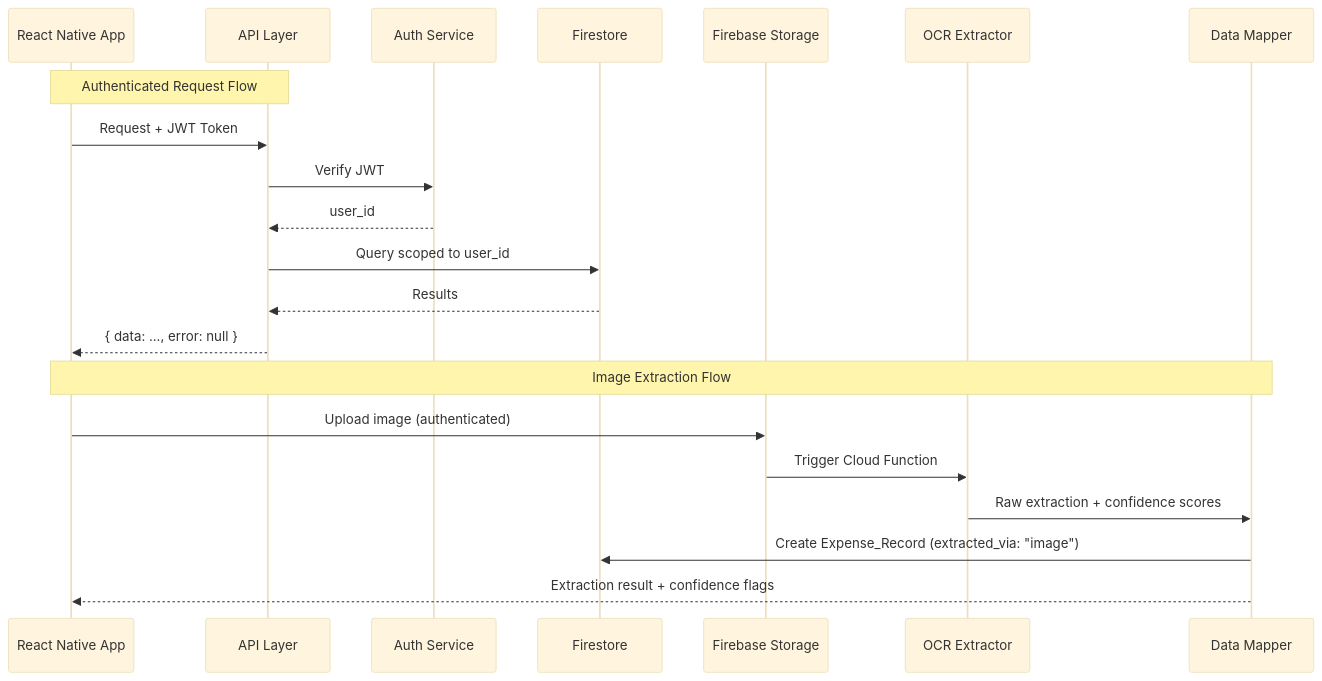
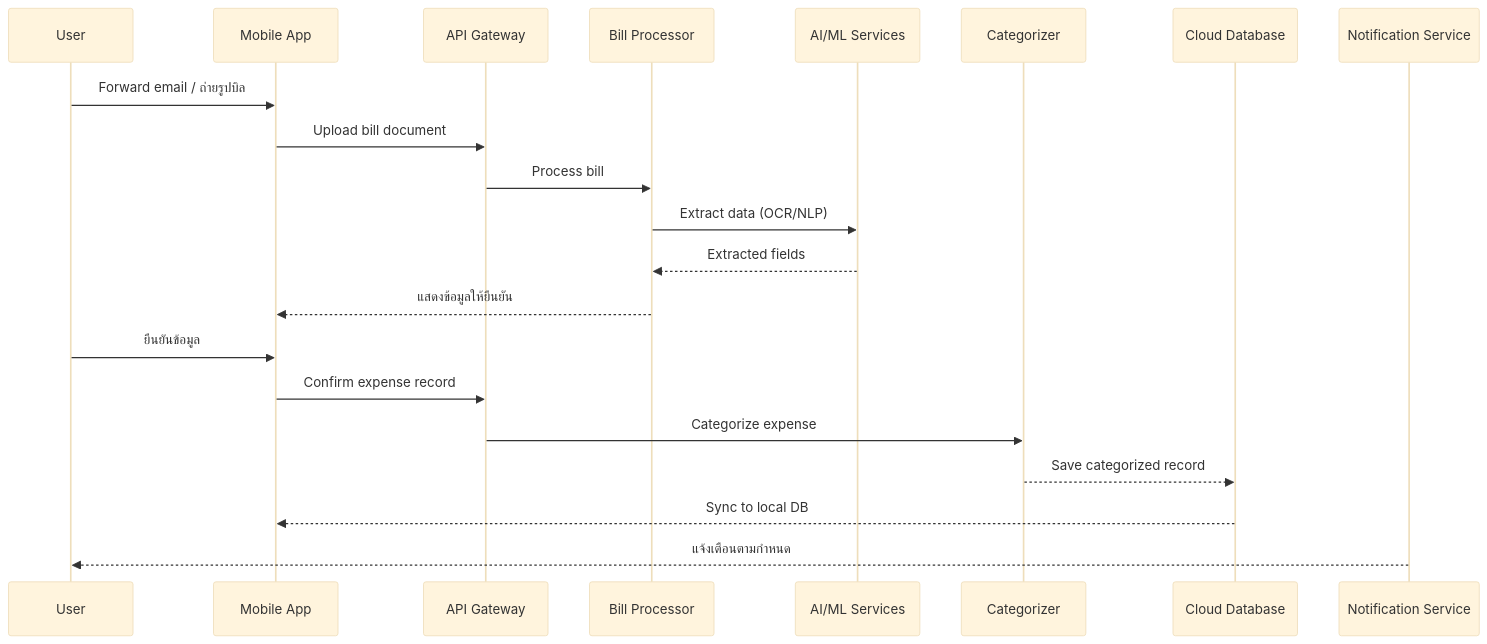
The second of 3 diagrams in .kiro/specs/billbuddy-mvp/design.md (monkub003/BillBuddy), drawn with Mermaid (base theme) before and after one commit. The commit also changed other lines of this file and 32 other files, not shown here.

Commit message:
recreate app react native init

````diff
--- a/.kiro/specs/billbuddy-mvp/design.md
+++ b/.kiro/specs/billbuddy-mvp/design.md
@@ -78,25 +87,24 @@
 ```mermaid
 sequenceDiagram
-    participant App as React Native App
-    participant API as API Layer
-    participant Auth as Auth Service
-    participant DB as Firestore
-    participant Storage as Firebase Storage
-    participant OCR as OCR Extractor
-    participant Parser as Data Mapper
+    participant User
+    participant App as Mobile App
+    participant API as API Gateway
+    participant BP as Bill Processor
+    participant AI as AI/ML Services
+    participant Cat as Categorizer
+    participant DB as Cloud Database
+    participant Notif as Notification Service
 
-    Note over App,API: Authenticated Request Flow
-    App->>API: Request + JWT Token
-    API->>Auth: Verify JWT
-    Auth-->>API: user_id
-    API->>DB: Query scoped to user_id
-    DB-->>API: Results
-    API-->>App: { data: ..., error: null }
-
-    Note over App,Parser: Image Extraction Flow
-    App->>Storage: Upload image (authenticated)
-    Storage->>OCR: Trigger Cloud Function
-    OCR->>Parser: Raw extraction + confidence scores
-    Parser->>DB: Create Expense_Record (extracted_via: "image")
-    Parser-->>App: Extraction result + confidence flags
+    User->>App: Forward email / ถ่ายรูปบิล
+    App->>API: Upload bill document
+    API->>BP: Process bill
+    BP->>AI: Extract data (OCR/NLP)
+    AI-->>BP: Extracted fields
+    BP-->>App: แสดงข้อมูลให้ยืนยัน
+    User->>App: ยืนยันข้อมูล
+    App->>API: Confirm expense record
+    API->>Cat: Categorize expense
+    Cat-->>DB: Save categorized record
+    DB-->>App: Sync to local DB
+    Notif-->>User: แจ้งเตือนตามกำหนด
 ```
````
